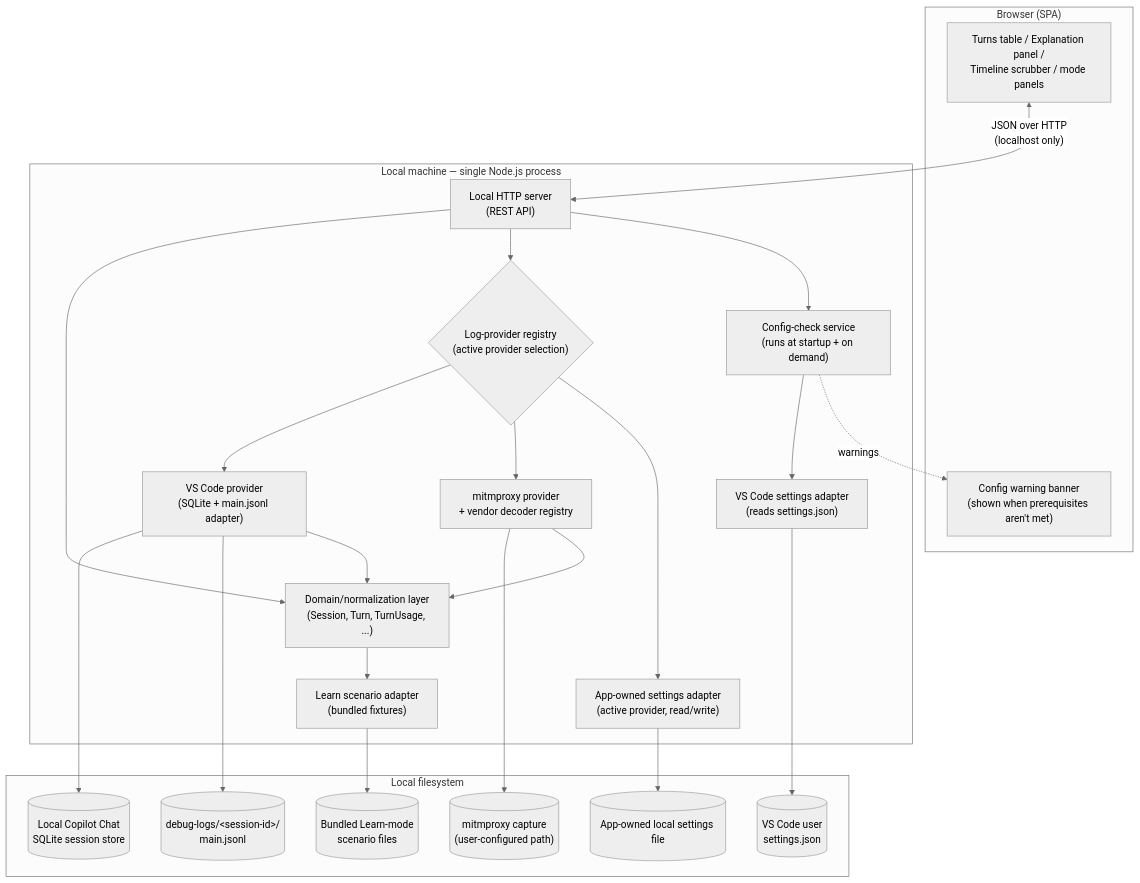
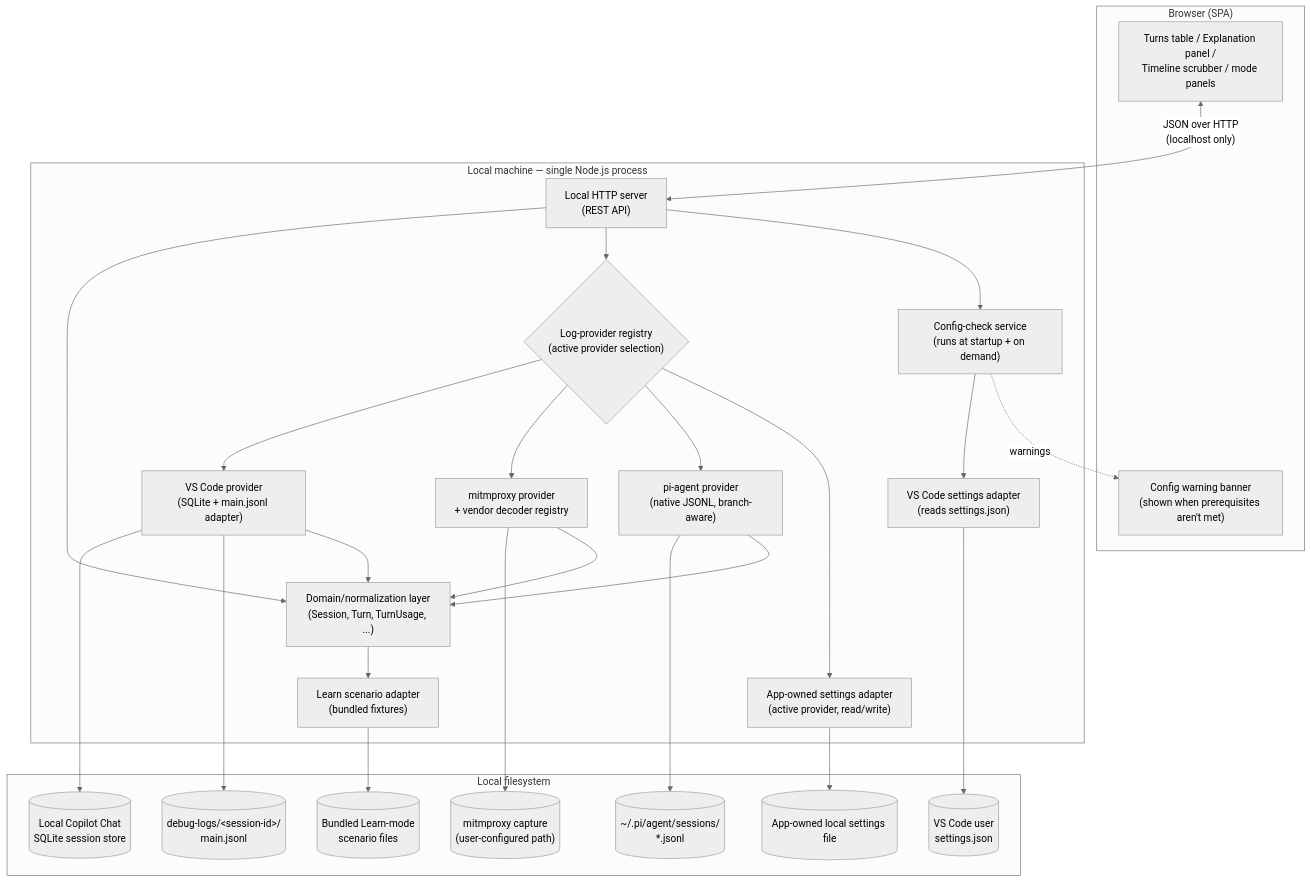
Before and after one commit to raulkivi/gh-cp-chat-analyser: the first of 6 diagrams in docs/architecture.md, drawn with Mermaid (neutral theme). The commit also changed other lines of this file and 28 other files, not shown here.

First line of the commit message:
Add a pi coding-agent LogProvider (Phase 9.6)

````diff
--- a/docs/architecture.md
+++ b/docs/architecture.md
@@ -81,41 +85,45 @@
 ```mermaid
 flowchart TB
     subgraph Browser["Browser (SPA)"]
         UI["Turns table / Explanation panel /<br/>Timeline scrubber / mode panels"]
         Banner["Config warning banner<br/>(shown when prerequisites aren't met)"]
     end
 
     subgraph Local["Local machine — single Node.js process"]
         API["Local HTTP server<br/>(REST API)"]
         Domain["Domain/normalization layer<br/>(Session, Turn, TurnUsage, ...)"]
         Registry{"Log-provider registry<br/>(active provider selection)"}
         VscodeProvider["VS Code provider<br/>(SQLite + main.jsonl adapter)"]
         MitmProvider["mitmproxy provider<br/>+ vendor decoder registry"]
+        PiAgentProvider["pi-agent provider<br/>(native JSONL, branch-aware)"]
         ScenarioAdapter["Learn scenario adapter<br/>(bundled fixtures)"]
         SettingsAdapter["VS Code settings adapter<br/>(reads settings.json)"]
         ConfigCheck["Config-check service<br/>(runs at startup + on demand)"]
         AppSettings["App-owned settings adapter<br/>(active provider, read/write)"]
     end
 
     subgraph Disk["Local filesystem"]
         DB[("Local Copilot Chat<br/>SQLite session store")]
         Logs[("debug-logs/&lt;session-id&gt;/<br/>main.jsonl")]
         Capture[("mitmproxy capture<br/>(user-configured path)")]
+        PiSessions[("~/.pi/agent/sessions/<br/>*.jsonl")]
         Fixtures[("Bundled Learn-mode<br/>scenario files")]
         Settings[("VS Code user<br/>settings.json")]
         AppConfig[("App-owned local settings file")]
     end
 
     UI <-->|"JSON over HTTP<br/>(localhost only)"| API
     API --> Domain
     API --> Registry
     Registry --> VscodeProvider --> DB
     VscodeProvider --> Logs
     Registry --> MitmProvider --> Capture
+    Registry --> PiAgentProvider --> PiSessions
     Domain --> ScenarioAdapter --> Fixtures
     Registry --> AppSettings --> AppConfig
     API --> ConfigCheck --> SettingsAdapter --> Settings
     ConfigCheck -.->|warnings| Banner
     VscodeProvider --> Domain
     MitmProvider --> Domain
+    PiAgentProvider --> Domain
 ```
````
